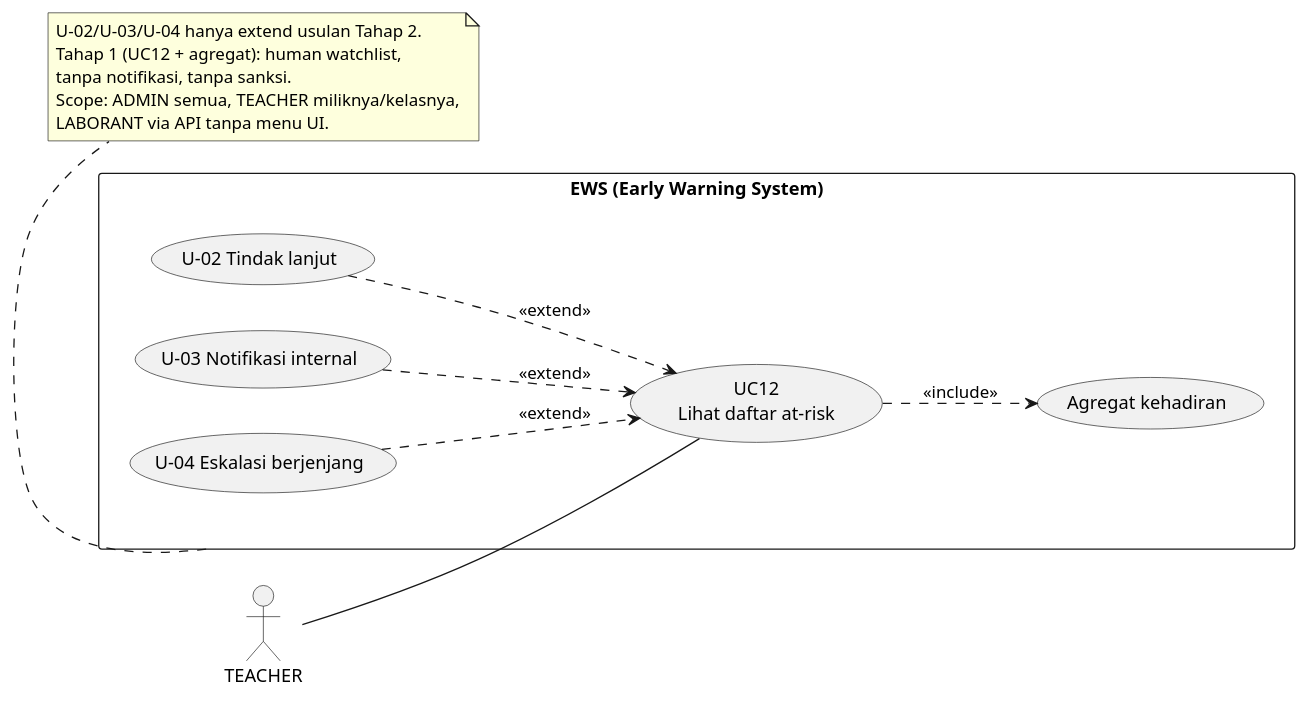
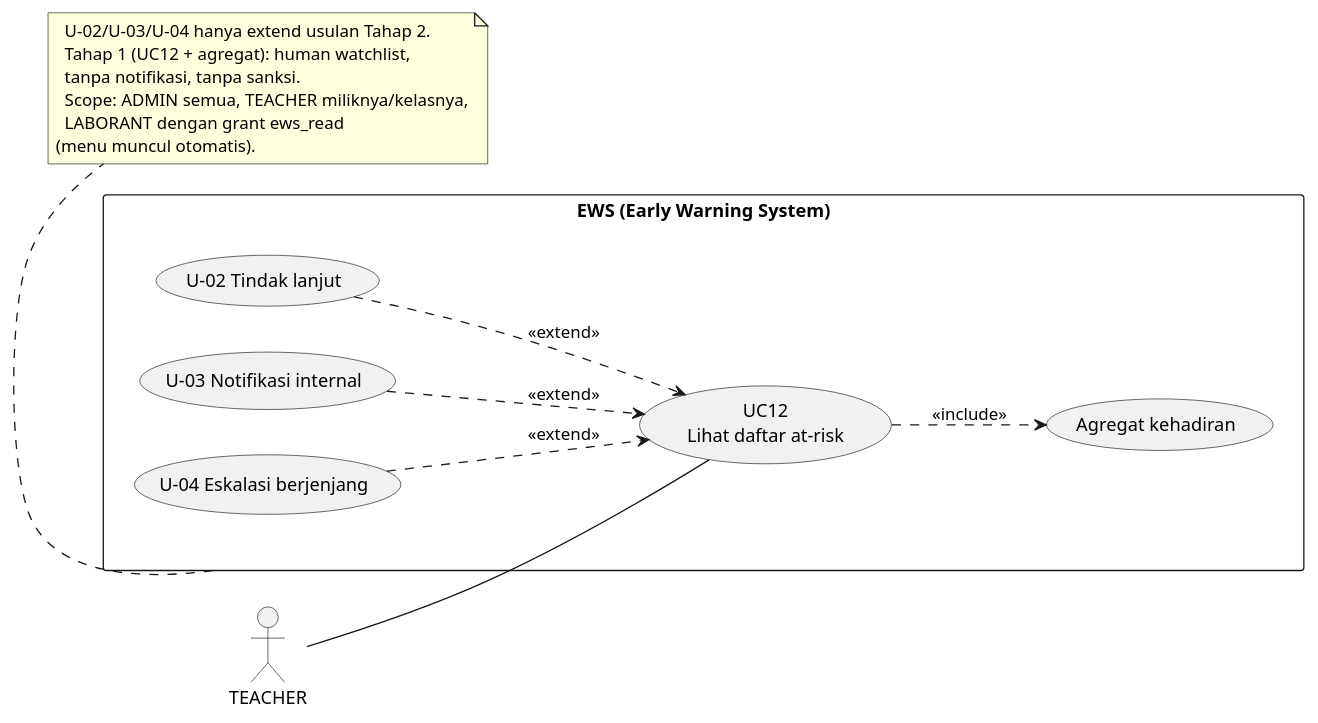
The diagram in docs/diagrams/plantuml/uc-05-ews.puml (mygads/Face-Recognition-Capstone), drawn with PlantUML before and after one commit. The commit also changed 242 other files, not shown here.

```diff
--- a/docs/diagrams/plantuml/uc-05-ews.puml
+++ b/docs/diagrams/plantuml/uc-05-ews.puml
@@ -1,29 +1,30 @@
 @startuml
 ' 04-use-case EWS tahap 1 + usulan tahap 2 — docs/proposal/04-use-case.md §4.6
 left to right direction
 
 actor TEACHER as GURU
 
 rectangle "EWS (Early Warning System)" as SYS {
   usecase "UC12\nLihat daftar at-risk" as UC12
   usecase "Agregat kehadiran" as AG
   usecase "U-02 Tindak lanjut" as U2
   usecase "U-03 Notifikasi internal" as U3
   usecase "U-04 Eskalasi berjenjang" as U4
 }
 
 GURU -- UC12
 
 UC12 ..> AG : <<include>>
 U2 ..> UC12 : <<extend>>
 U3 ..> UC12 : <<extend>>
 U4 ..> UC12 : <<extend>>
 
 note bottom of SYS
   U-02/U-03/U-04 hanya extend usulan Tahap 2.
   Tahap 1 (UC12 + agregat): human watchlist,
   tanpa notifikasi, tanpa sanksi.
   Scope: ADMIN semua, TEACHER miliknya/kelasnya,
-  LABORANT via API tanpa menu UI.
+  LABORANT dengan grant ews_read
+(menu muncul otomatis).
 end note
 @enduml
```
